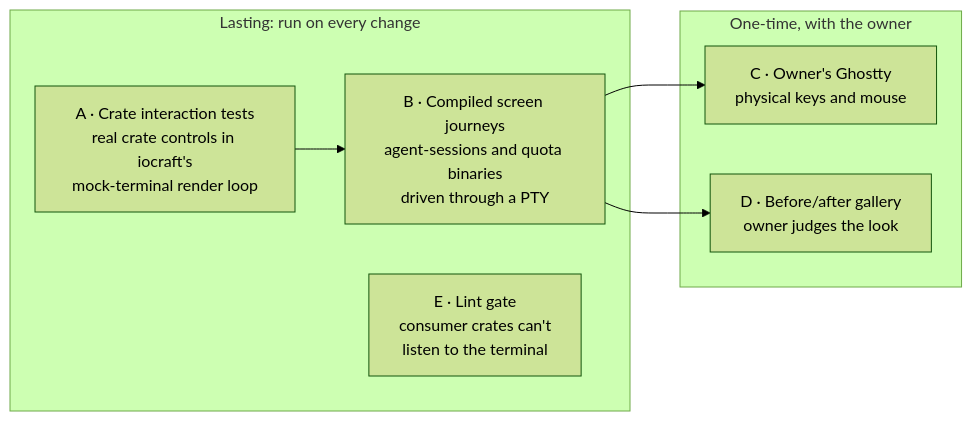
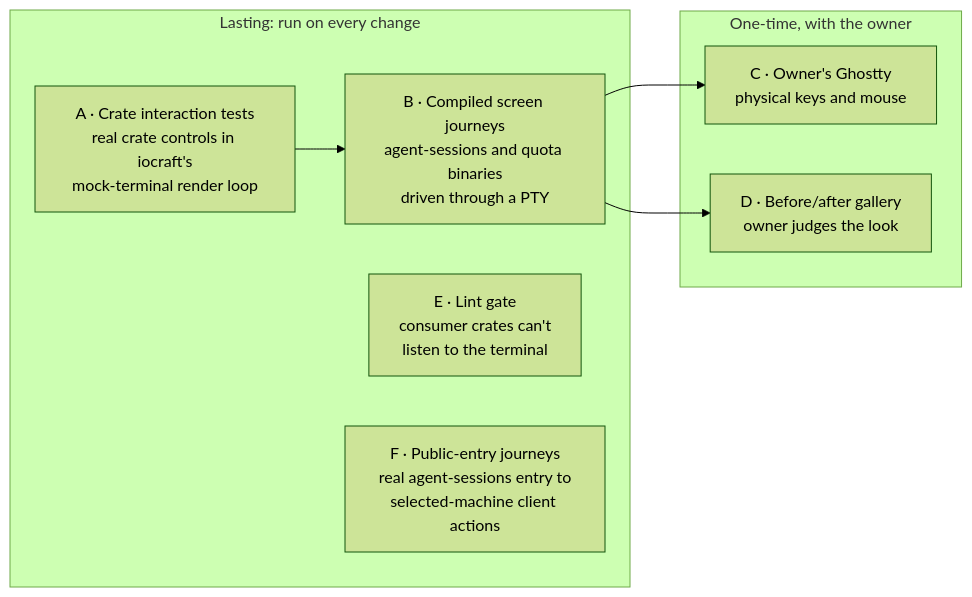
One commit to agent-collaboration/agent-collaboration changed the diagram in docs/specs/2026-10-29-tui-component-system/verification-design.md. Above: the diagram before and after it, drawn with Mermaid (forest theme). The commit also changed other lines of this file and 1 other file, not shown here.

Commit message:
Design: review corrections F1–F6 (Details path, clip membership, U2 exceptions, Ctrl+C outcome readback, subscription gate, public-entry proof)

````diff
--- a/docs/specs/2026-10-29-tui-component-system/verification-design.md
+++ b/docs/specs/2026-10-29-tui-component-system/verification-design.md
@@ -11,14 +11,15 @@
 ```mermaid
 flowchart LR
   subgraph lasting["Lasting: run on every change"]
     A["A · Crate interaction tests<br/>real crate controls in iocraft's<br/>mock-terminal render loop"]
     B["B · Compiled screen journeys<br/>agent-sessions and quota binaries<br/>driven through a PTY"]
     E["E · Lint gate<br/>consumer crates can't<br/>listen to the terminal"]
+    F["F · Public-entry journeys<br/>real agent-sessions entry to<br/>selected-machine client actions"]
   end
   subgraph once["One-time, with the owner"]
     C["C · Owner's Ghostty<br/>physical keys and mouse"]
     D["D · Before/after gallery<br/>owner judges the look"]
   end
   A --> B --> C
   B --> D
 ```
````
